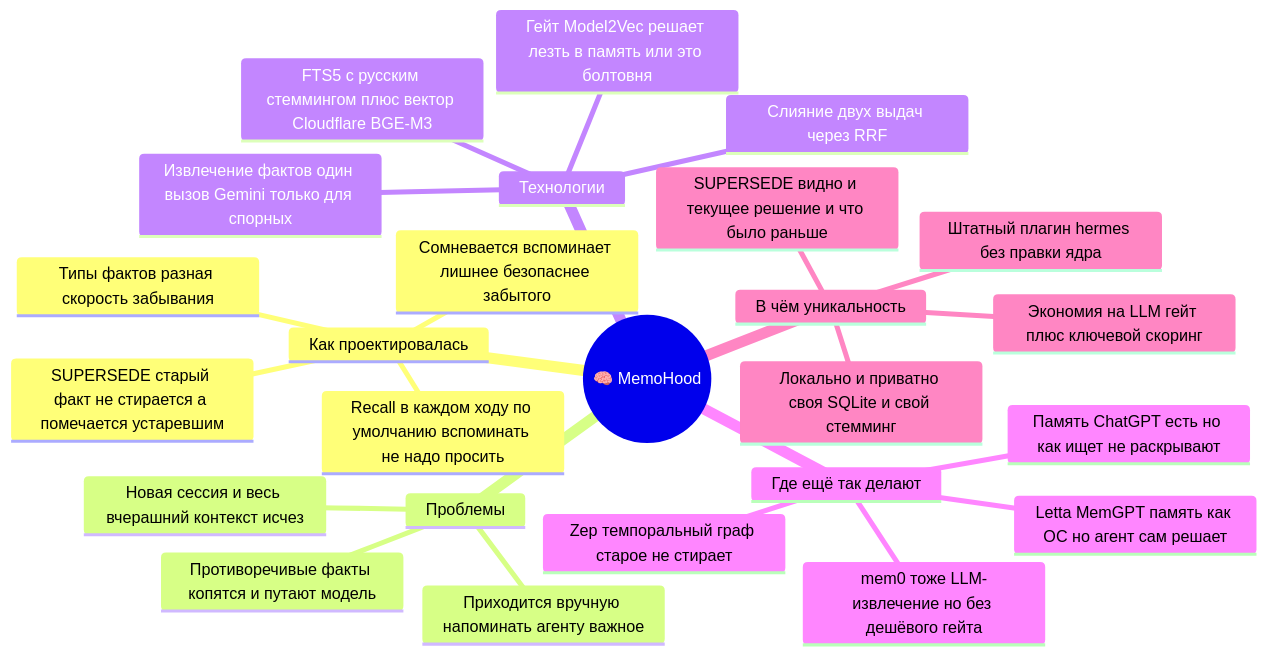
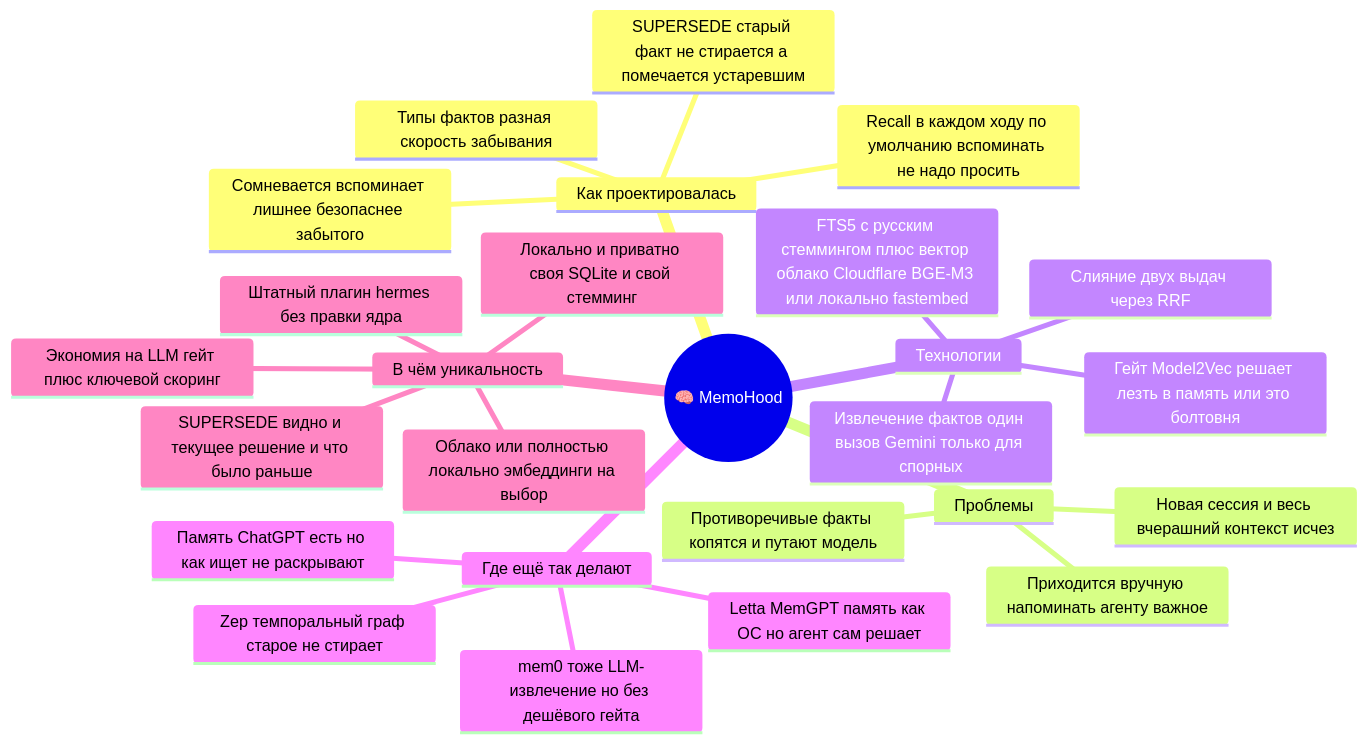
One commit to mxskorohood-cmd/memohood-memobase changed the second of 2 diagrams in docs/MINDMAPS.md. Above: the diagram before and after it, drawn with Mermaid. The commit also changed other lines of this file and 2 other files, not shown here.

````diff
--- a/docs/MINDMAPS.md
+++ b/docs/MINDMAPS.md
@@ -38,28 +40,29 @@
 ```mermaid
 mindmap
   root((🧠 MemoHood))
     Как проектировалась
       Recall в каждом ходу по умолчанию вспоминать не надо просить
       Сомневается вспоминает лишнее безопаснее забытого
       Типы фактов разная скорость забывания
       SUPERSEDE старый факт не стирается а помечается устаревшим
     Проблемы
       Новая сессия и весь вчерашний контекст исчез
       Приходится вручную напоминать агенту важное
       Противоречивые факты копятся и путают модель
     Технологии
-      FTS5 с русским стеммингом плюс вектор Cloudflare BGE-M3
+      FTS5 с русским стеммингом плюс вектор облако Cloudflare BGE-M3 или локально fastembed
       Слияние двух выдач через RRF
       Гейт Model2Vec решает лезть в память или это болтовня
       Извлечение фактов один вызов Gemini только для спорных
     Где ещё так делают
       mem0 тоже LLM-извлечение но без дешёвого гейта
       Letta MemGPT память как ОС но агент сам решает
       Zep темпоральный граф старое не стирает
       Память ChatGPT есть но как ищет не раскрывают
     В чём уникальность
       Локально и приватно своя SQLite и свой стемминг
+      Облако или полностью локально эмбеддинги на выбор
       Штатный плагин hermes без правки ядра
       SUPERSEDE видно и текущее решение и что было раньше
       Экономия на LLM гейт плюс ключевой скоринг
 ```
````
